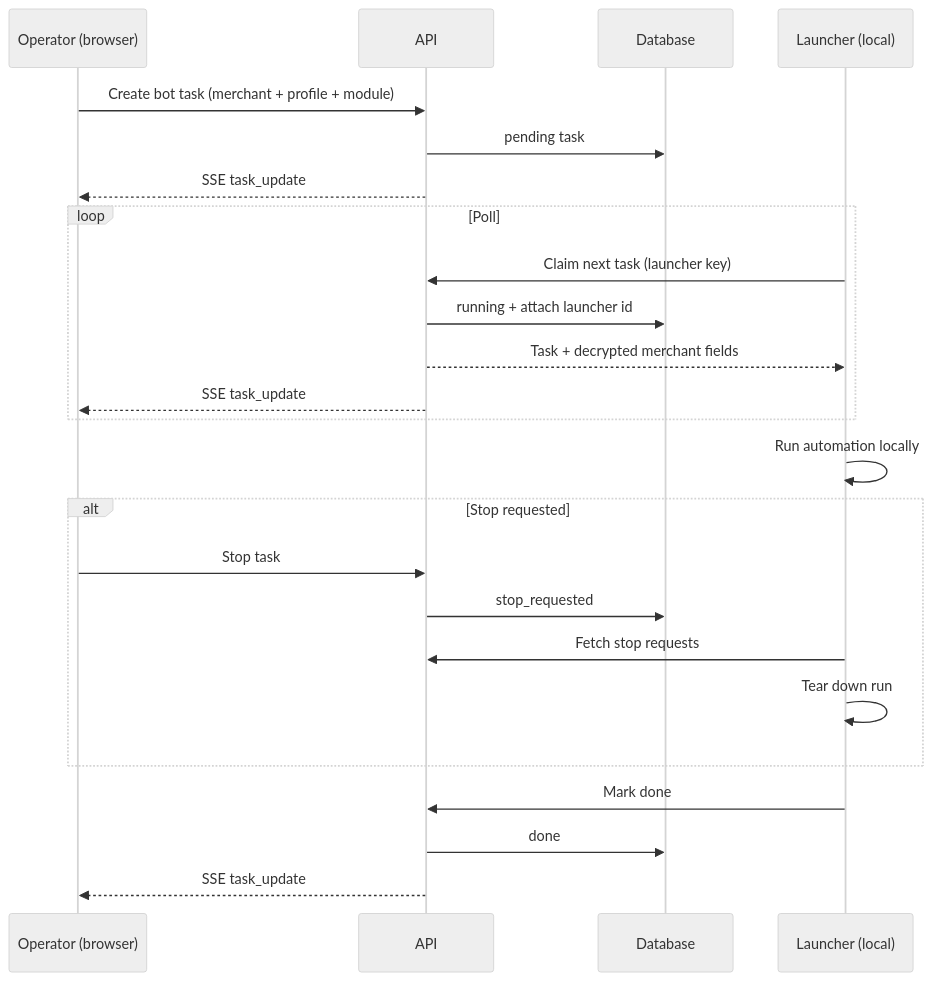
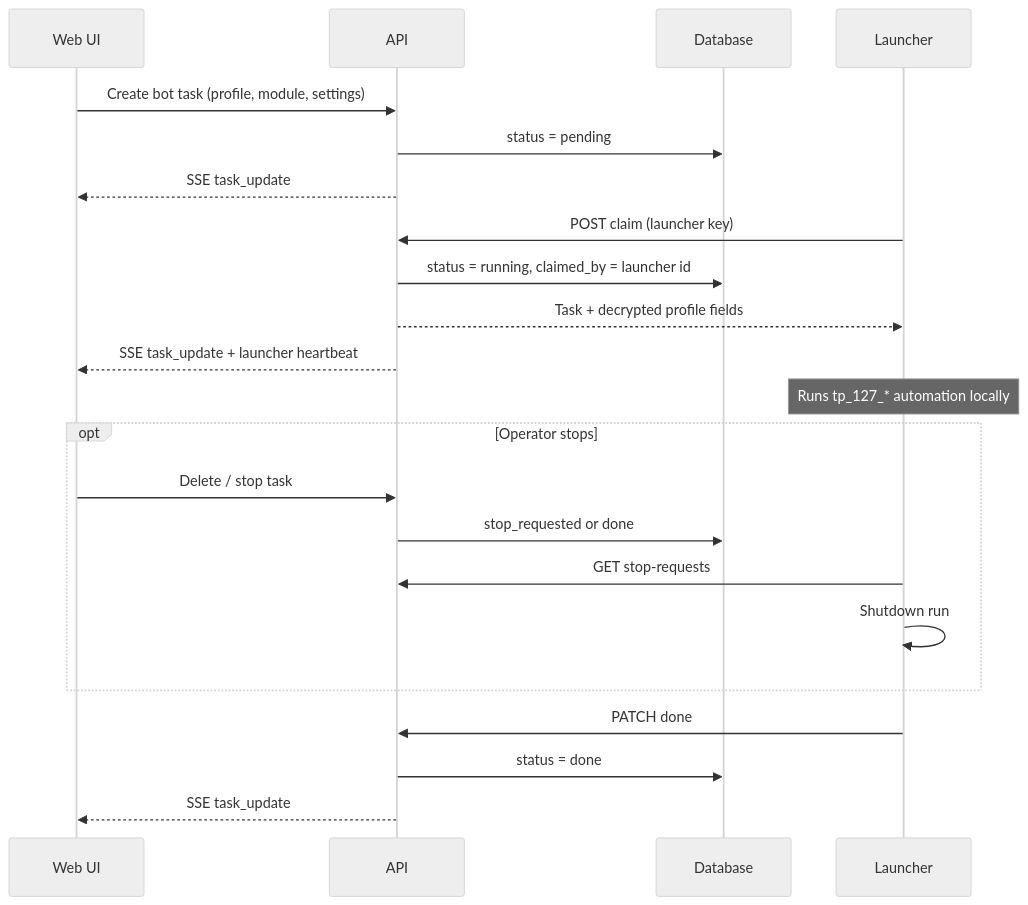
One commit to wangbrady004-gif/operation-platform changed the second of 2 diagrams in README.md. Above: the diagram before and after it, drawn with Mermaid (neutral theme). The commit also changed other lines of this file and 70 other files, not shown here.

````diff
--- a/README.md
+++ b/README.md
@@ -41,31 +40,29 @@
 ```mermaid
 sequenceDiagram
-  participant Op as Operator (browser)
+  participant UI as Web UI
   participant API as API
   participant DB as Database
-  participant L as Launcher (local)
+  participant L as Launcher
 
-  Op->>API: Create bot task (merchant + profile + module)
-  API->>DB: pending task
-  API-->>Op: SSE task_update
+  UI->>API: Create bot task (profile, module, settings)
+  API->>DB: status = pending
+  API-->>UI: SSE task_update
 
-  loop Poll
-    L->>API: Claim next task (launcher key)
-    API->>DB: running + attach launcher id
-    API-->>L: Task + decrypted merchant fields
-    API-->>Op: SSE task_update
+  L->>API: POST claim (launcher key)
+  API->>DB: status = running, claimed_by = launcher id
+  API-->>L: Task + decrypted profile fields
+  API-->>UI: SSE task_update + launcher heartbeat
+
+  Note over L: Runs tp_127_* automation locally
+
+  opt Operator stops
+    UI->>API: Delete / stop task
+    API->>DB: stop_requested or done
+    L->>API: GET stop-requests
+    L->>L: Shutdown run
   end
 
-  L->>L: Run automation locally
-
-  alt Stop requested
-    Op->>API: Stop task
-    API->>DB: stop_requested
-    L->>API: Fetch stop requests
-    L->>L: Tear down run
-  end
-
-  L->>API: Mark done
-  API->>DB: done
-  API-->>Op: SSE task_update
+  L->>API: PATCH done
+  API->>DB: status = done
+  API-->>UI: SSE task_update
 ```
````
